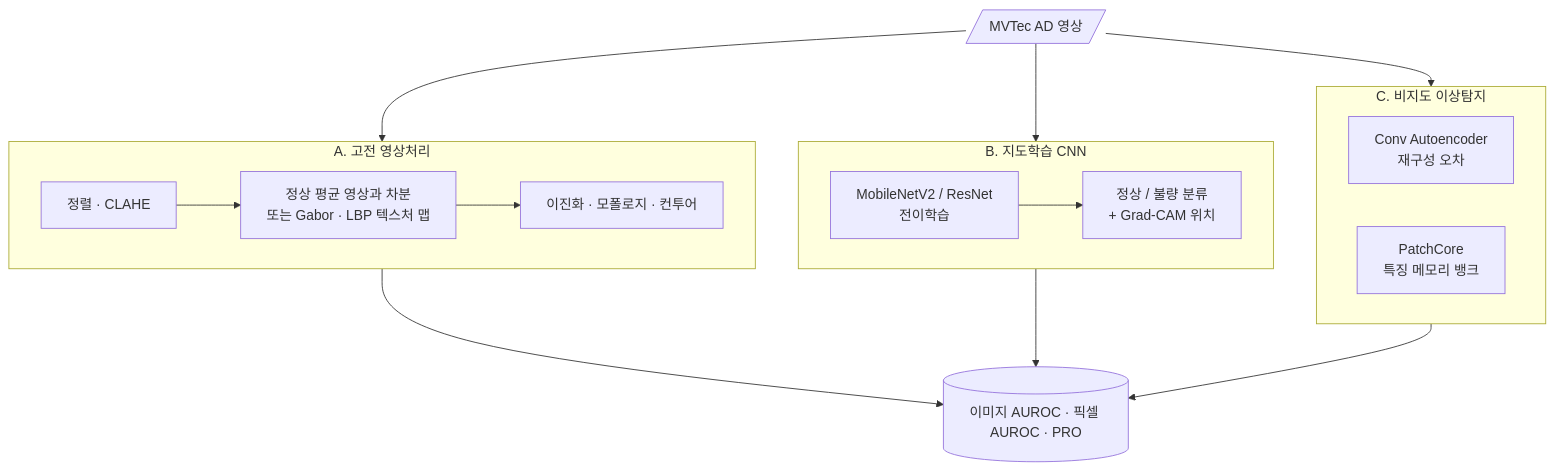
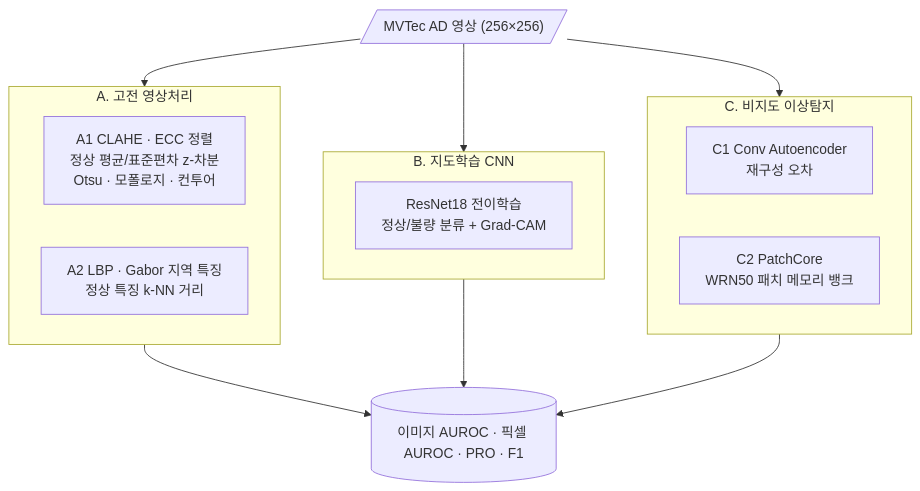
Before and after one commit to cbnu-yhjeon/Visual-Defect-Inspection-Benchmark: the diagram in README.md, drawn with Mermaid. The commit also changed other lines of this file and 30 other files, not shown here.

````diff
--- a/README.md
+++ b/README.md
@@ -57,16 +62,16 @@
 ```mermaid
 flowchart TB
-    IMG[/"MVTec AD 영상"/] --> A & B & C
+    IMG[/"MVTec AD 영상 (256×256)"/] --> A & B & C
     subgraph A["A. 고전 영상처리"]
-        A1["정렬 · CLAHE"] --> A2["정상 평균 영상과 차분<br/>또는 Gabor · LBP 텍스처 맵"]
-        A2 --> A3["이진화 · 모폴로지 · 컨투어"]
+        A1["A1 CLAHE · ECC 정렬<br/>정상 평균/표준편차 z-차분<br/>Otsu · 모폴로지 · 컨투어"]
+        A2["A2 LBP · Gabor 지역 특징<br/>정상 특징 k-NN 거리"]
     end
     subgraph B["B. 지도학습 CNN"]
-        B1["MobileNetV2 / ResNet<br/>전이학습"] --> B2["정상 / 불량 분류<br/>+ Grad-CAM 위치"]
+        B1["ResNet18 전이학습<br/>정상/불량 분류 + Grad-CAM"]
     end
     subgraph C["C. 비지도 이상탐지"]
-        C1["Conv Autoencoder<br/>재구성 오차"]
-        C2["PatchCore<br/>특징 메모리 뱅크"]
+        C1["C1 Conv Autoencoder<br/>재구성 오차"]
+        C2["C2 PatchCore<br/>WRN50 패치 메모리 뱅크"]
     end
-    A & B & C --> EV[("이미지 AUROC · 픽셀 AUROC · PRO")]
+    A & B & C --> EV[("이미지 AUROC · 픽셀 AUROC · PRO · F1")]
 ```
````
